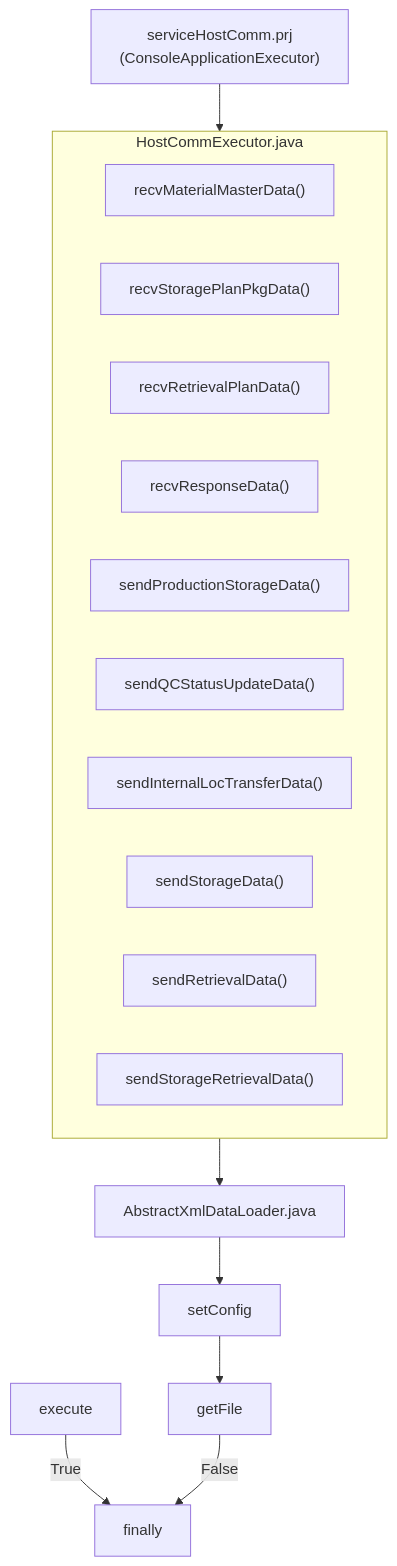
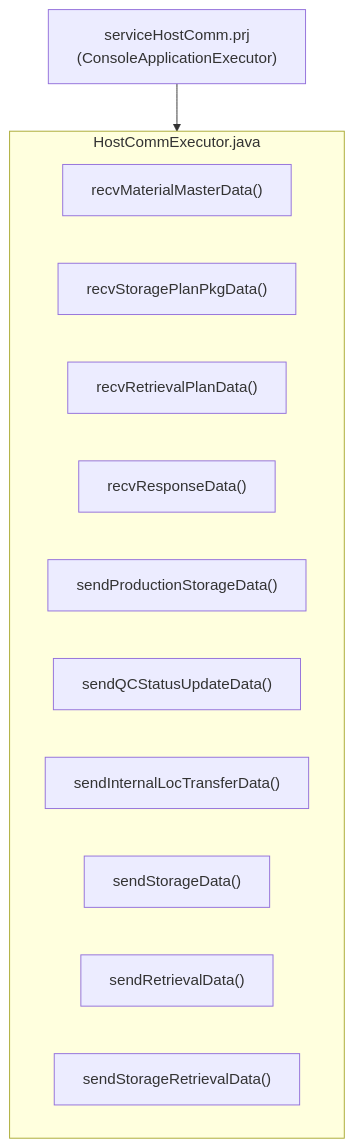
One commit to luthfiadityaa/SimeDarby-Wiki changed the diagram in Basic-Design/Host-Interfaces.md. Above: the diagram before and after it, drawn with Mermaid.

Commit message:
Updated Host Interfaces

```diff
--- a/Basic-Design/Host-Interfaces.md
+++ b/Basic-Design/Host-Interfaces.md
@@ -30,25 +30,18 @@
 ::: mermaid
 flowchart TD
  C1["serviceHostComm.prj<br>(ConsoleApplicationExecutor)"]           
  C1 --> HostCommExecutor.java
- AbstractXmlDataLoader.java
- HostCommExecutor.java --> AbstractXmlDataLoader.java
- AbstractXmlDataLoader.java --> setConfig
- setConfig --> getFile
- execute --> |True| finally
-
- getFile --> |False| finally
 
 subgraph HostCommExecutor.java
  C2["recvMaterialMasterData()"]
  C3["recvStoragePlanPkgData()"]
  C4["recvRetrievalPlanData()"]
  C5["recvResponseData()"]
  C6["sendProductionStorageData()"]
  C7["sendQCStatusUpdateData()"]
  C8["sendInternalLocTransferData()"]
  C9["sendStorageData()"]
  C10["sendRetrievalData()"]
  C11["sendStorageRetrievalData()"]
 end
 :::
```
